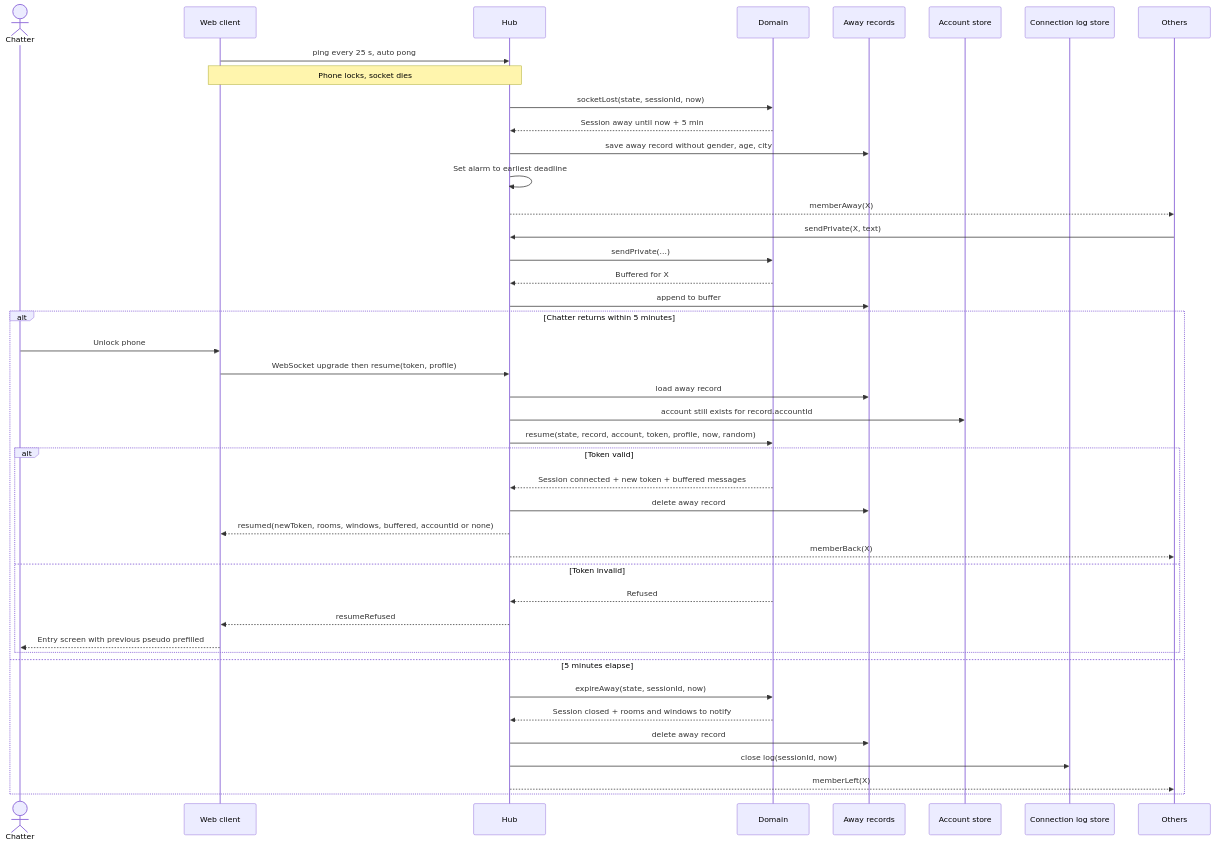
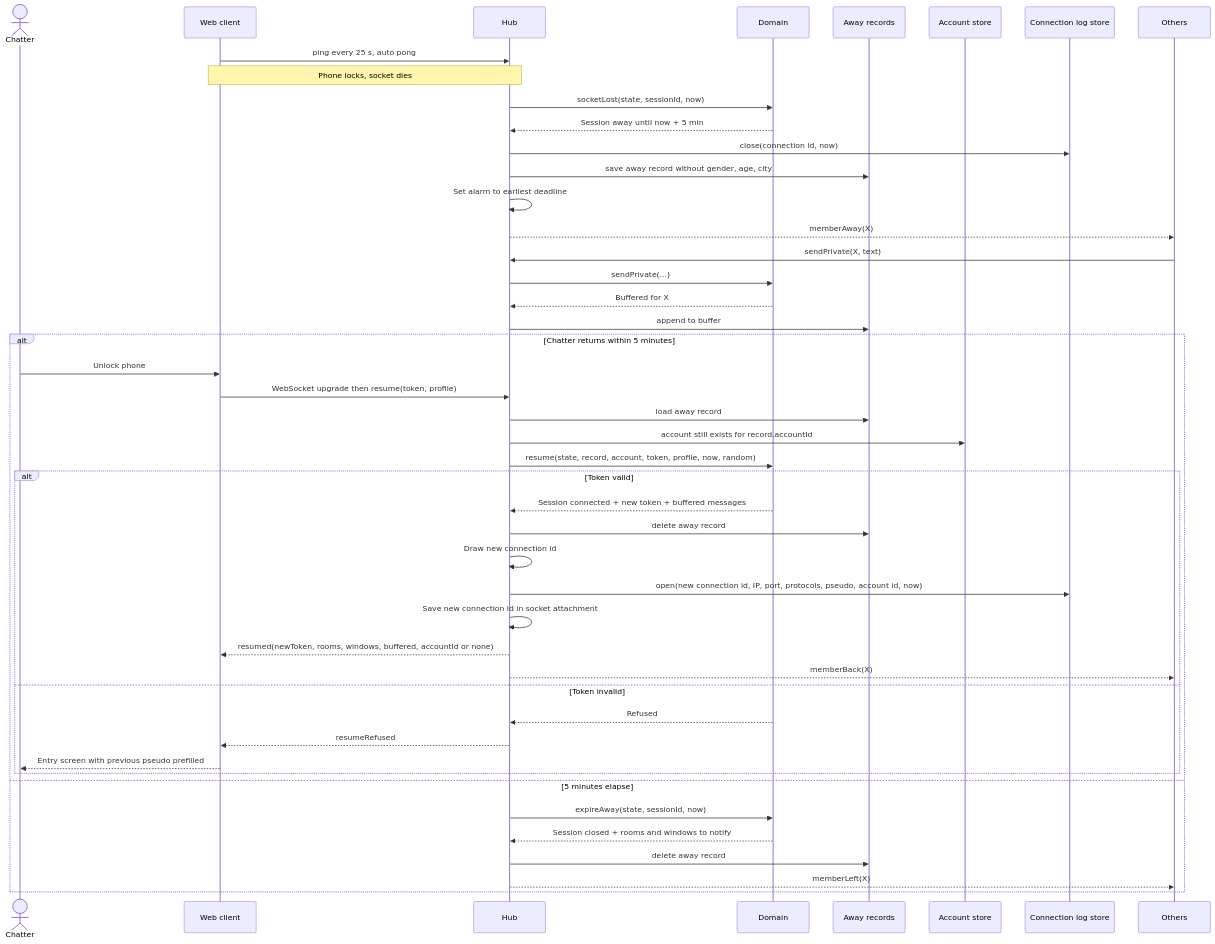
The diagram in docs/architecture/diagrams/entry/02b-sequence-resume-after-disconnect.md (benoit-bremaud/asv), drawn with Mermaid before and after one commit. The commit also changed other lines of this file and 41 other files, not shown here.

````diff
--- a/docs/architecture/diagrams/entry/02b-sequence-resume-after-disconnect.md
+++ b/docs/architecture/diagrams/entry/02b-sequence-resume-after-disconnect.md
@@ -15,45 +15,48 @@
 ```mermaid
 sequenceDiagram
   actor C as Chatter
   participant W as Web client
   participant H as Hub
   participant D as Domain
   participant AS as Away records
   participant ACC as Account store
   participant LS as Connection log store
   participant O as Others
   W->>H: ping every 25 s, auto pong
   Note over W,H: Phone locks, socket dies
   H->>D: socketLost(state, sessionId, now)
   D-->>H: Session away until now + 5 min
+  H->>LS: close(connection id, now)
   H->>AS: save away record without gender, age, city
   H->>H: Set alarm to earliest deadline
   H-->>O: memberAway(X)
   O->>H: sendPrivate(X, text)
   H->>D: sendPrivate(...)
   D-->>H: Buffered for X
   H->>AS: append to buffer
   alt Chatter returns within 5 minutes
     C->>W: Unlock phone
     W->>H: WebSocket upgrade then resume(token, profile)
     H->>AS: load away record
     H->>ACC: account still exists for record.accountId
     H->>D: resume(state, record, account, token, profile, now, random)
     alt Token valid
       D-->>H: Session connected + new token + buffered messages
       H->>AS: delete away record
+      H->>H: Draw new connection id
+      H->>LS: open(new connection id, IP, port, protocols, pseudo, account id, now)
+      H->>H: Save new connection id in socket attachment
       H-->>W: resumed(newToken, rooms, windows, buffered, accountId or none)
       H-->>O: memberBack(X)
     else Token invalid
       D-->>H: Refused
       H-->>W: resumeRefused
       W-->>C: Entry screen with previous pseudo prefilled
     end
   else 5 minutes elapse
     H->>D: expireAway(state, sessionId, now)
     D-->>H: Session closed + rooms and windows to notify
     H->>AS: delete away record
-    H->>LS: close log(sessionId, now)
     H-->>O: memberLeft(X)
   end
 ```
````
